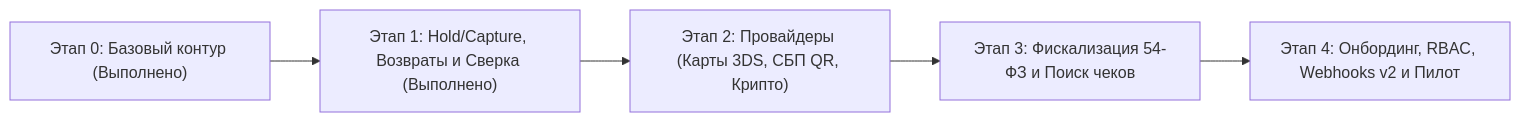
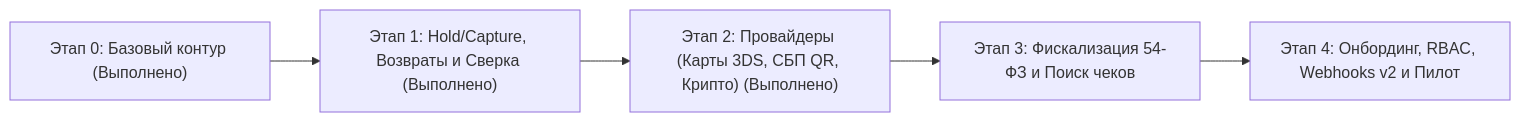
The diagram in docs/roadmap-backend.md (akkne/dobropay), drawn with Mermaid before and after one commit. The commit also changed other lines of this file and 22 other files, not shown here.

````diff
--- a/docs/roadmap-backend.md
+++ b/docs/roadmap-backend.md
@@ -13,7 +13,7 @@
 ```mermaid
 flowchart LR
   B0["Этап 0: Базовый контур (Выполнено)"] --> B1["Этап 1: Hold/Capture, Возвраты и Сверка (Выполнено)"]
-  B1 --> B2["Этап 2: Провайдеры (Карты 3DS, СБП QR, Крипто)"]
+  B1 --> B2["Этап 2: Провайдеры (Карты 3DS, СБП QR, Крипто) (Выполнено)"]
   B2 --> B3["Этап 3: Фискализация 54-ФЗ и Поиск чеков"]
   B3 --> B4["Этап 4: Онбординг, RBAC, Webhooks v2 и Пилот"]
 ```
````
